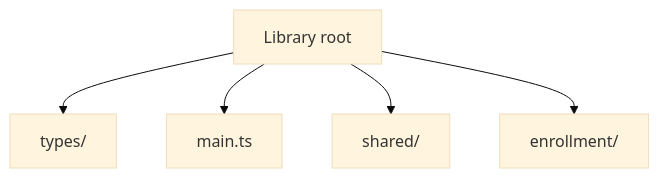
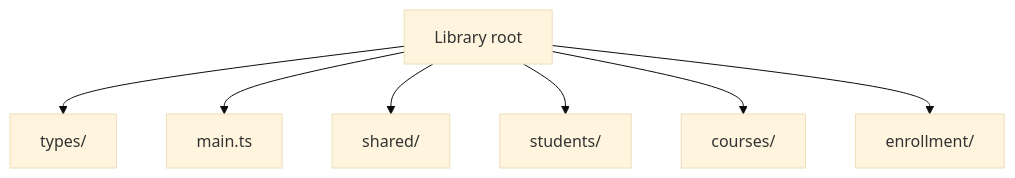
Before and after one commit to virtualitems/tshex-cli: the first of 7 diagrams in docs/library-structure.md, drawn with Mermaid (base theme). The commit also changed other lines of this file and 15 other files, not shown here.

First line of the commit message:
docs: align architecture guides with context boundaries

````diff
--- a/docs/library-structure.md
+++ b/docs/library-structure.md
@@ -16,7 +16,9 @@
 ```mermaid
 flowchart TD
     root["Library root"] --> types["types/"]
     root --> main["main.ts"]
     root --> shared["shared/"]
+    root --> students["students/"]
+    root --> courses["courses/"]
     root --> enrollment["enrollment/"]
 ```
````
